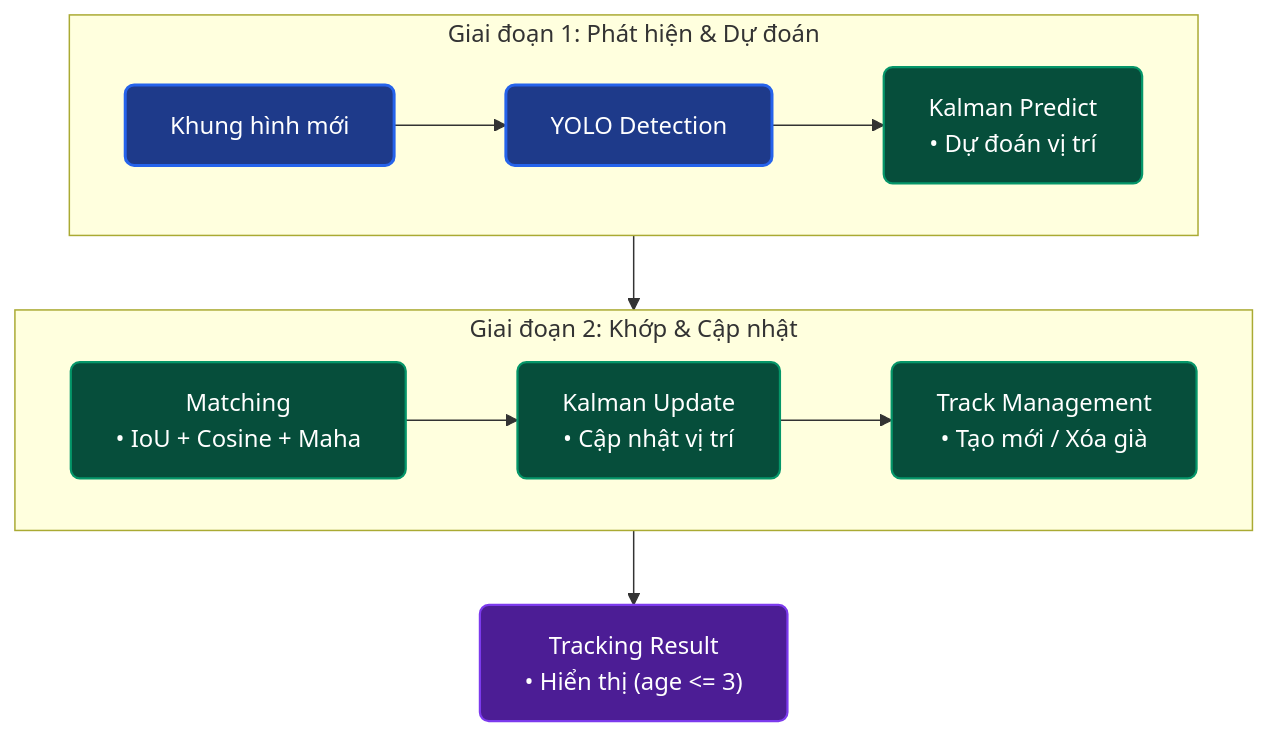
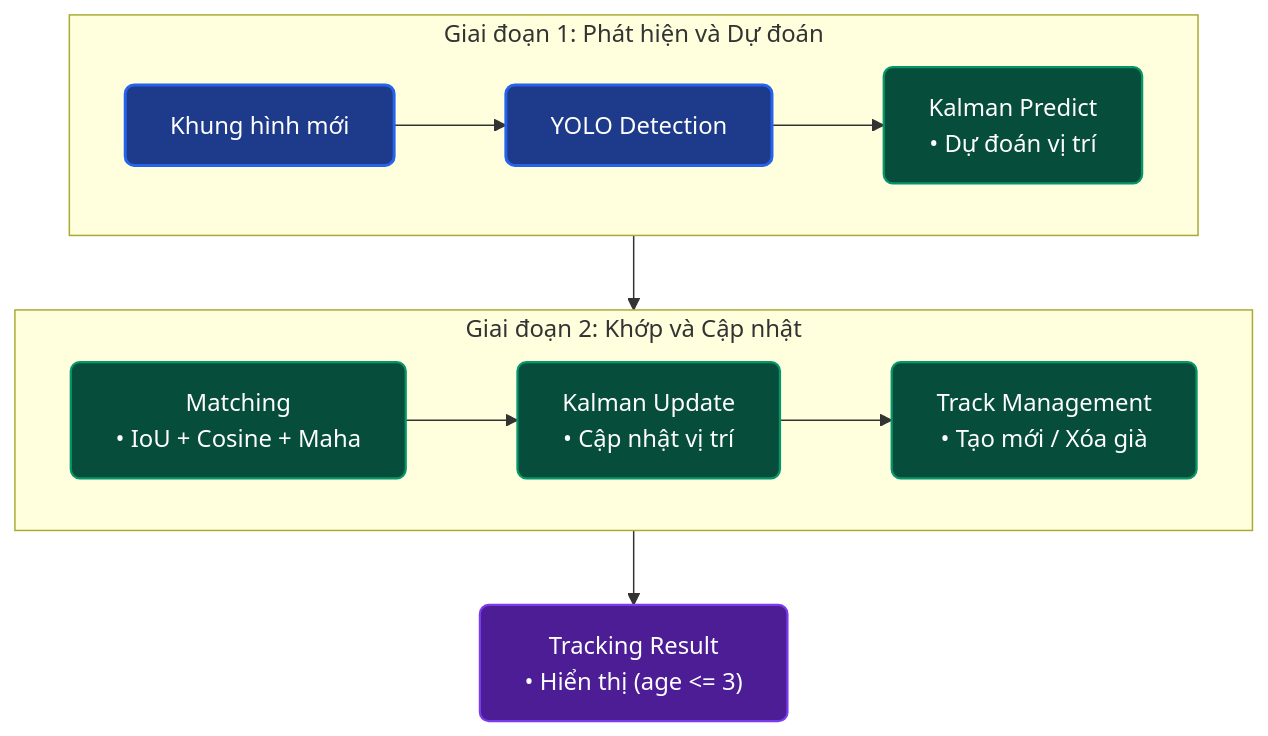
Before and after one commit to NagnQyhn217/thigiacmaytinhAnh: the diagram in code04.md, drawn with Mermaid.

````diff
--- a/code04.md
+++ b/code04.md
@@ -1,23 +1,23 @@
 ```mermaid
 graph TD
     classDef step stroke:#2563eb,stroke-width:2px,fill:#1e3a8a,color:#ffffff,rx:6px,ry:6px;
     classDef process stroke:#059669,stroke-width:1.5px,fill:#064e3b,color:#ffffff,rx:6px,ry:6px;
     classDef output stroke:#7c3aed,stroke-width:1.5px,fill:#4c1d95,color:#ffffff,rx:6px,ry:6px;
 
-    subgraph HANG1 ["Giai đoạn 1: Phát hiện & Dự đoán"]
+    subgraph HANG1 ["Giai đoạn 1: Phát hiện và Dự đoán"]
         direction LR
         A["Khung hình mới"] --> B["YOLO Detection"] --> C["Kalman Predict<br>• Dự đoán vị trí"]
     end
 
-    subgraph HANG2 ["Giai đoạn 2: Khớp & Cập nhật"]
+    subgraph HANG2 ["Giai đoạn 2: Khớp và Cập nhật"]
         direction LR
         D["Matching<br>• IoU + Cosine + Maha"] --> E["Kalman Update<br>• Cập nhật vị trí"] --> F["Track Management<br>• Tạo mới / Xóa già"]
     end
 
     C --> D
     F --> G["Tracking Result<br>• Hiển thị (age <= 3)"]
 
     class A,B step;
     class C,D,E,F process;
     class G output;
 ```
````
